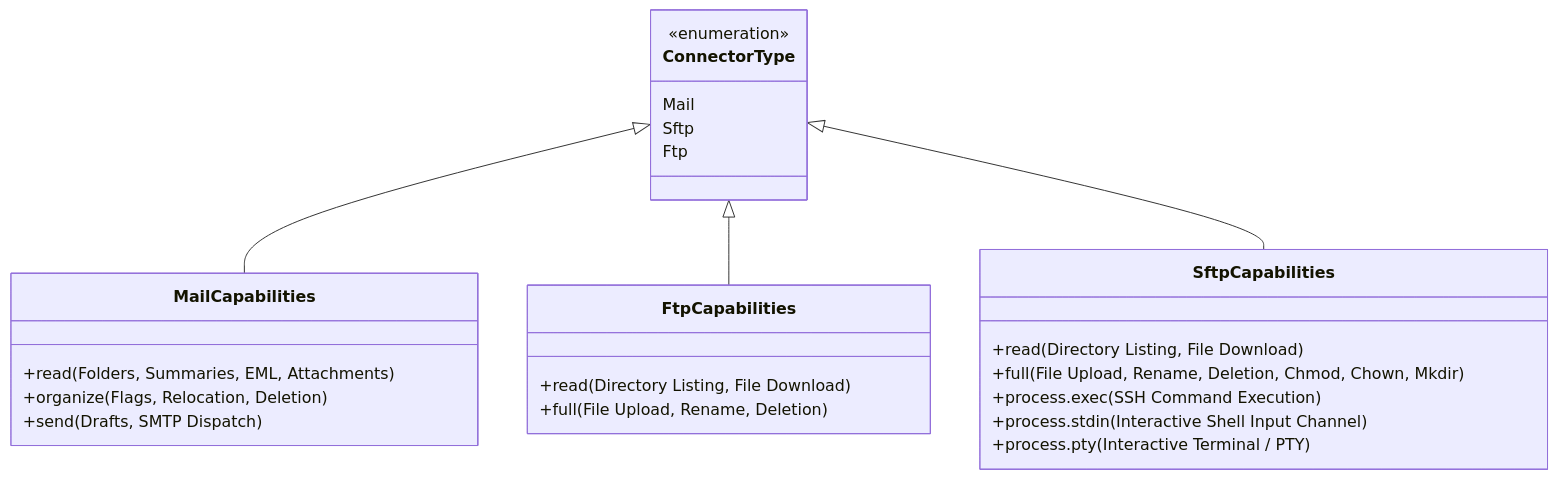
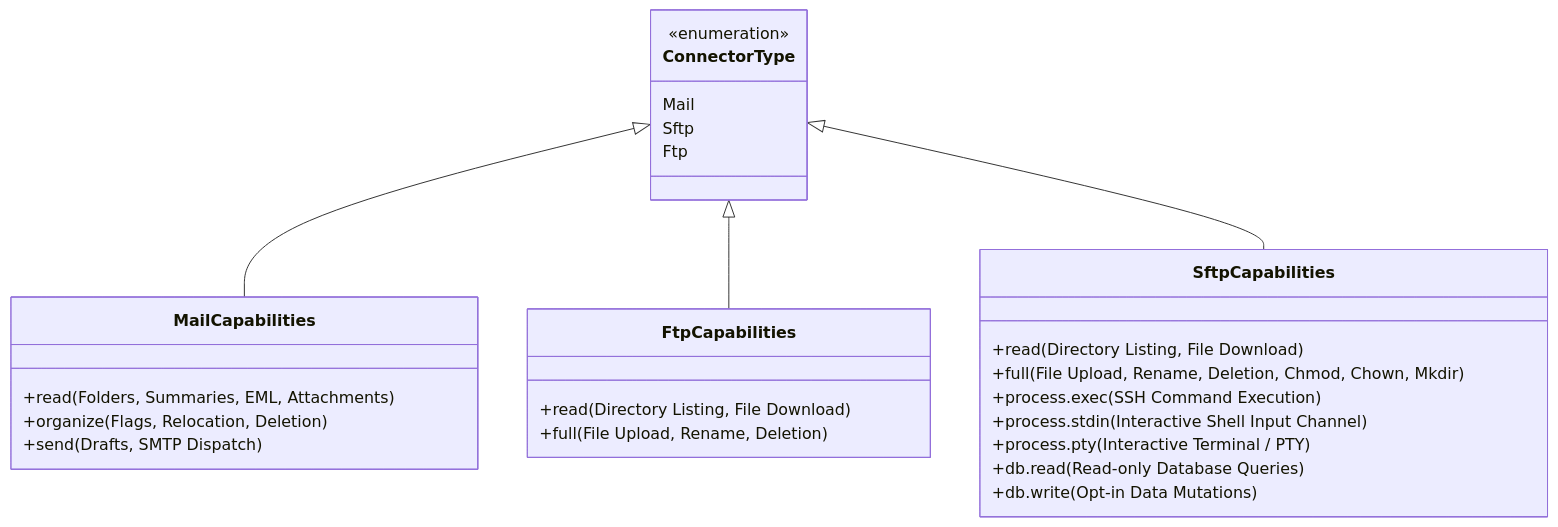
The third of 4 diagrams in docs/core-features/connectors/README.md (joelaniol/nova), drawn with Mermaid before and after one commit. The commit also changed other lines of this file and 30 other files, not shown here.

````diff
--- a/docs/core-features/connectors/README.md
+++ b/docs/core-features/connectors/README.md
@@ -133,32 +135,34 @@
 ```mermaid
 classDiagram
     class ConnectorType {
         <<enumeration>>
         Mail
         Sftp
         Ftp
     }
 
     class MailCapabilities {
         +read (Folders, Summaries, EML, Attachments)
         +organize (Flags, Relocation, Deletion)
         +send (Drafts, SMTP Dispatch)
     }
 
     class FtpCapabilities {
         +read (Directory Listing, File Download)
         +full (File Upload, Rename, Deletion)
     }
 
     class SftpCapabilities {
         +read (Directory Listing, File Download)
         +full (File Upload, Rename, Deletion, Chmod, Chown, Mkdir)
         +process.exec (SSH Command Execution)
         +process.stdin (Interactive Shell Input Channel)
         +process.pty (Interactive Terminal / PTY)
+        +db.read (Read-only Database Queries)
+        +db.write (Opt-in Data Mutations)
     }
 
     ConnectorType <|-- MailCapabilities
     ConnectorType <|-- FtpCapabilities
     ConnectorType <|-- SftpCapabilities
 ```
````
